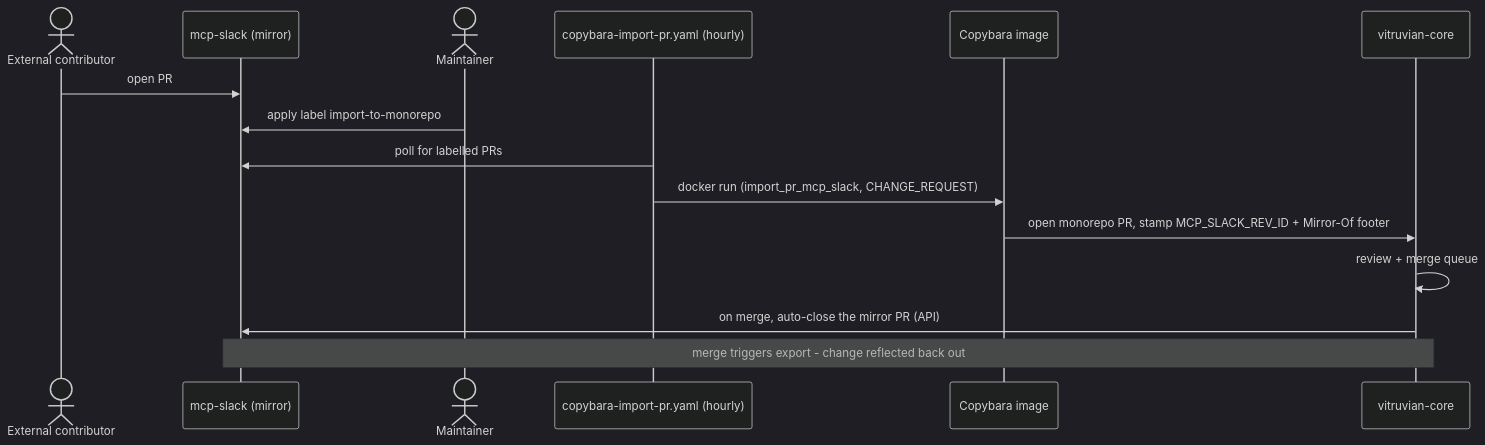
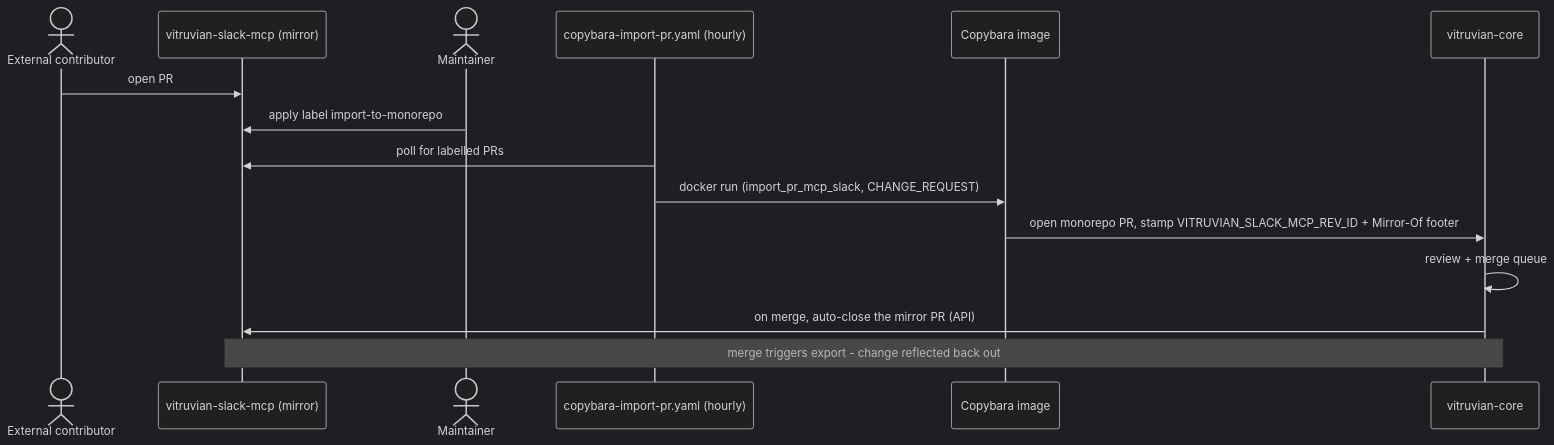
Before and after one commit to VitruvianSoftware/vitruvian-core: the third of 7 diagrams in docs/admin/copybara-sync.md, drawn with Mermaid (dark theme). The commit also changed other lines of this file and 108 other files, not shown here.

Commit message:
refactor(relay): rename Relay, Slack MCP and Roborock MCP to Vitruvian names

````diff
--- a/docs/admin/copybara-sync.md
+++ b/docs/admin/copybara-sync.md
@@ -154,17 +154,17 @@
 ```mermaid
 sequenceDiagram
     actor Ext as External contributor
-    participant MS as mcp-slack (mirror)
+    participant MS as vitruvian-slack-mcp (mirror)
     actor Maint as Maintainer
     participant IMP as copybara-import-pr.yaml (hourly)
     participant CB as Copybara image
     participant VC as vitruvian-core
     Ext->>MS: open PR
     Maint->>MS: apply label import-to-monorepo
     IMP->>MS: poll for labelled PRs
     IMP->>CB: docker run (import_pr_mcp_slack, CHANGE_REQUEST)
-    CB->>VC: open monorepo PR, stamp MCP_SLACK_REV_ID + Mirror-Of footer
+    CB->>VC: open monorepo PR, stamp VITRUVIAN_SLACK_MCP_REV_ID + Mirror-Of footer
     VC->>VC: review + merge queue
     VC->>MS: on merge, auto-close the mirror PR (API)
     Note over VC,MS: merge triggers export - change reflected back out
 ```
````
